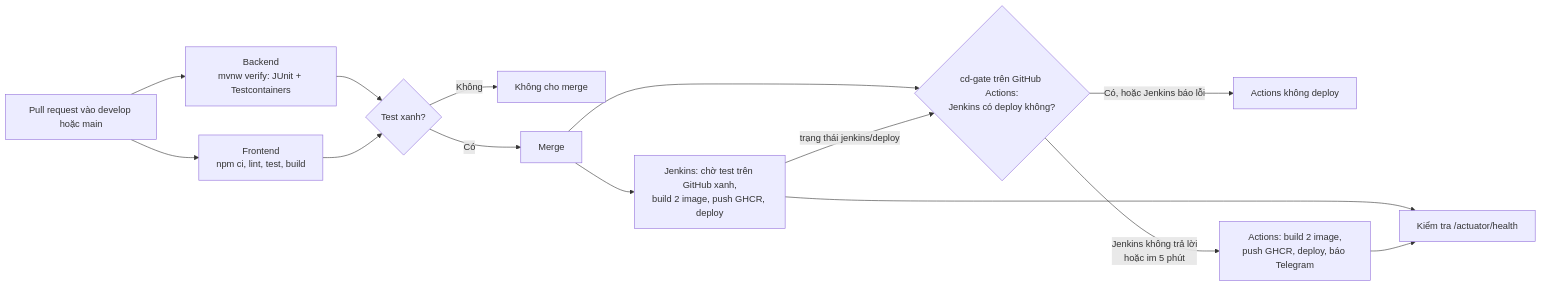
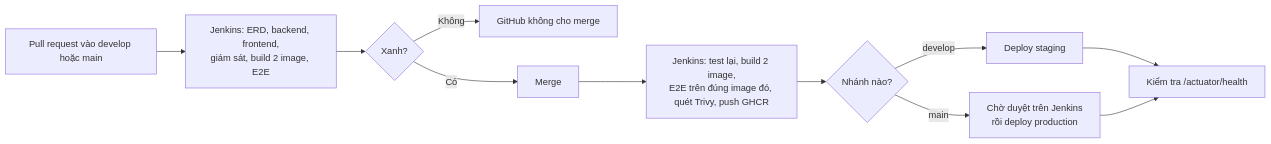
The second of 3 diagrams in docs-core/09-kien-truc-va-cicd.md (Anpham120/restaurant-management-system), drawn with Mermaid before and after one commit. The commit also changed other lines of this file and 9 other files, not shown here.

````diff
--- a/docs-core/09-kien-truc-va-cicd.md
+++ b/docs-core/09-kien-truc-va-cicd.md
@@ -158,16 +169,13 @@
 ```mermaid
 flowchart LR
-    A[Pull request vào develop hoặc main] --> B[Backend<br/>mvnw verify: JUnit + Testcontainers]
-    A --> C[Frontend<br/>npm ci, lint, test, build]
-    B --> D{Test xanh?}
-    C --> D
-    D -- Không --> X[Không cho merge]
+    A[Pull request vào develop hoặc main] --> T[Jenkins: ERD, backend, frontend,<br/>giám sát, build 2 image, E2E]
+    T --> D{Xanh?}
+    D -- Không --> X[GitHub không cho merge]
     D -- Có --> M[Merge]
-    M --> J[Jenkins: chờ test trên GitHub xanh,<br/>build 2 image, push GHCR, deploy]
-    M --> Q{cd-gate trên GitHub Actions:<br/>Jenkins có deploy không?}
-    J -- trạng thái jenkins/deploy --> Q
-    Q -- Có, hoặc Jenkins báo lỗi --> K[Actions không deploy]
-    Q -- Jenkins không trả lời<br/>hoặc im 5 phút --> F[Actions: build 2 image,<br/>push GHCR, deploy, báo Telegram]
-    J --> H[Kiểm tra /actuator/health]
-    F --> H
+    M --> J[Jenkins: test lại, build 2 image,<br/>E2E trên đúng image đó, quét Trivy, push GHCR]
+    J --> G{Nhánh nào?}
+    G -- develop --> S[Deploy staging]
+    G -- main --> P[Chờ duyệt trên Jenkins<br/>rồi deploy production]
+    S --> H[Kiểm tra /actuator/health]
+    P --> H
 ```
````
